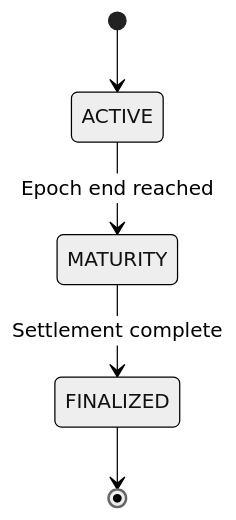
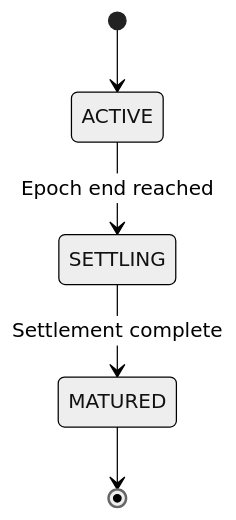
One commit to karnotxyz/docs changed the diagram in learn/epoch-lifecycle.mdx. Above: the diagram before and after it, drawn with Mermaid (neutral theme). The commit also changed other lines of this file and 13 other files, not shown here.

````diff
--- a/learn/epoch-lifecycle.mdx
+++ b/learn/epoch-lifecycle.mdx
@@ -11,7 +11,7 @@
 ```mermaid
 stateDiagram-v2
     [*] --> ACTIVE
-    ACTIVE --> MATURITY : Epoch end reached
-    MATURITY --> FINALIZED : Settlement complete
-    FINALIZED --> [*]
+    ACTIVE --> SETTLING : Epoch end reached
+    SETTLING --> MATURED : Settlement complete
+    MATURED --> [*]
 ```
````
